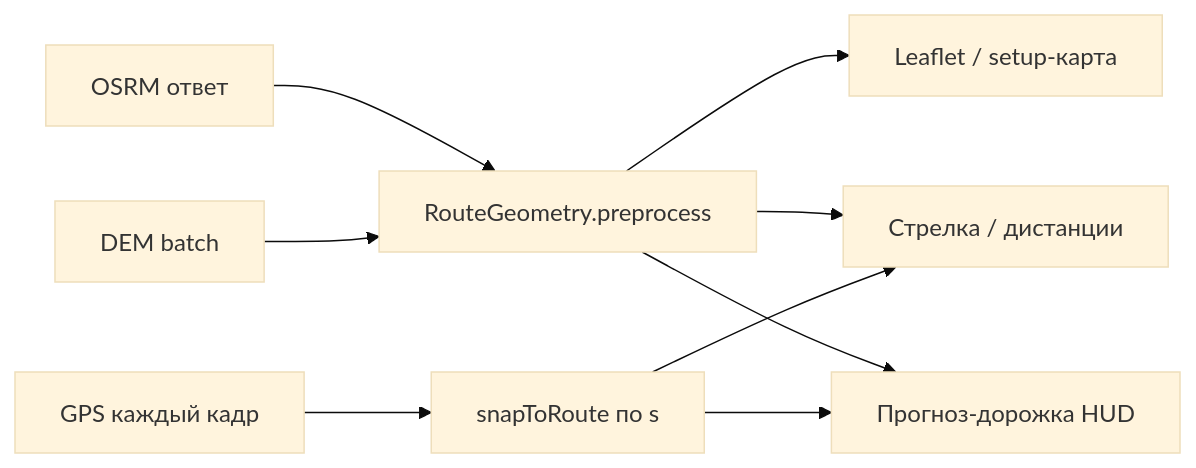
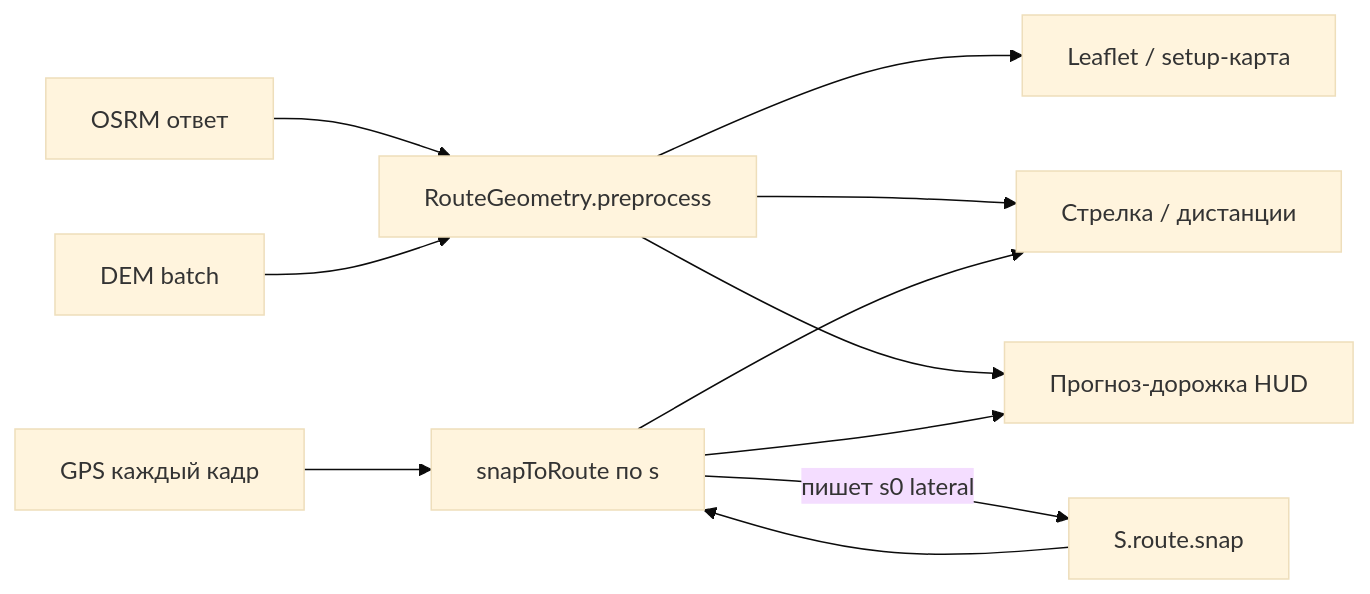
One commit to iliawagen-blip/moto-hud changed the diagram in docs/ROADPATH-PLAN.md. Above: the diagram before and after it, drawn with Mermaid (base theme). The commit also changed other lines of this file and 20 other files, not shown here.

````diff
--- a/docs/ROADPATH-PLAN.md
+++ b/docs/ROADPATH-PLAN.md
@@ -54,11 +70,13 @@
 ```mermaid
 flowchart LR
   OSRM[OSRM ответ] --> Prep[RouteGeometry.preprocess]
   DEM[DEM batch] --> Prep
   Prep --> Map[Leaflet / setup-карта]
   Prep --> Nav[Стрелка / дистанции]
   Prep --> Path[Прогноз-дорожка HUD]
   GPS[GPS каждый кадр] --> Snap[snapToRoute по s]
+  Snap -->|пишет s0 lateral| SnapState[S.route.snap]
+  SnapState --> Snap
   Snap --> Path
   Snap --> Nav
 ```
````
